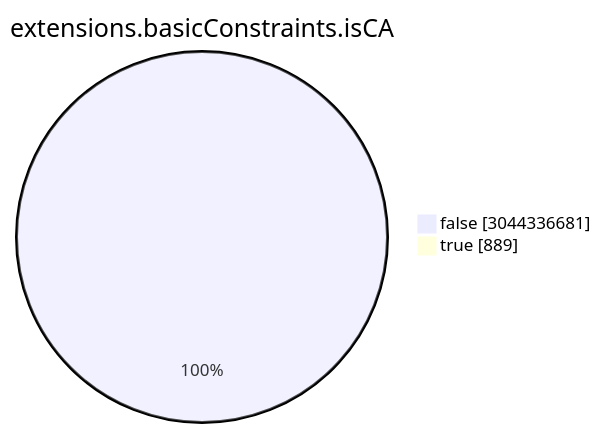
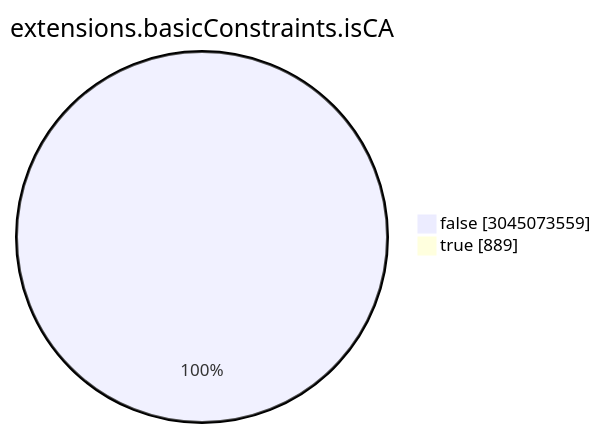
Before and after one commit to christiankrug/ctmonitor_visualization: the seventh of 15 diagrams in TOTAL/README.md, drawn with Mermaid. The commit also changed other lines of this file, not shown here.

````diff
--- a/TOTAL/README.md
+++ b/TOTAL/README.md
@@ -3088,6 +3088,6 @@
 ```mermaid
 pie showData
 title extensions.basicConstraints.isCA
-"false" :3044336681
+"false" :3045073559
 "true" :889
 ```
````
